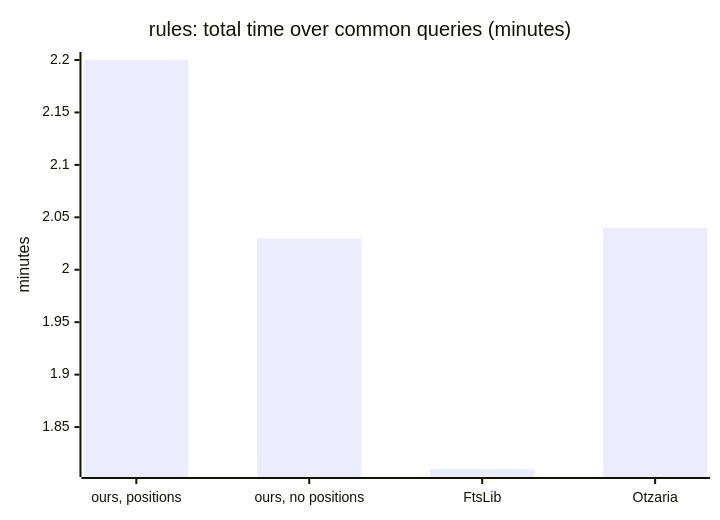
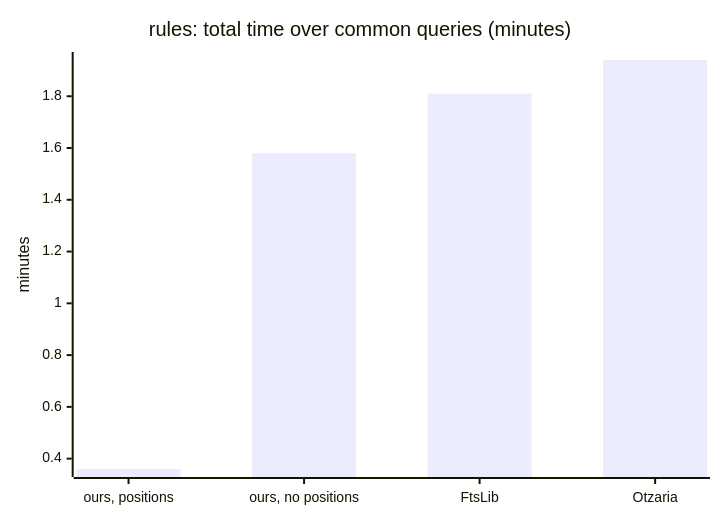
Before and after one commit to KleiKodesh/SeforimLibrarySearchEngine: the ninth of 11 diagrams in FTS-SPECS-AND-COMPARISONS.md, drawn with Mermaid. The commit also changed other lines of this file and 35 other files, not shown here.

````diff
--- a/FTS-SPECS-AND-COMPARISONS.md
+++ b/FTS-SPECS-AND-COMPARISONS.md
@@ -519,7 +513,7 @@
 ```mermaid
 xychart-beta
     title "rules: total time over common queries (minutes)"
     x-axis ["ours, positions", "ours, no positions", "FtsLib", "Otzaria"]
     y-axis "minutes"
-    bar [2.20, 2.03, 1.81, 2.04]
+    bar [0.36, 1.58, 1.81, 1.94]
 ```
````
